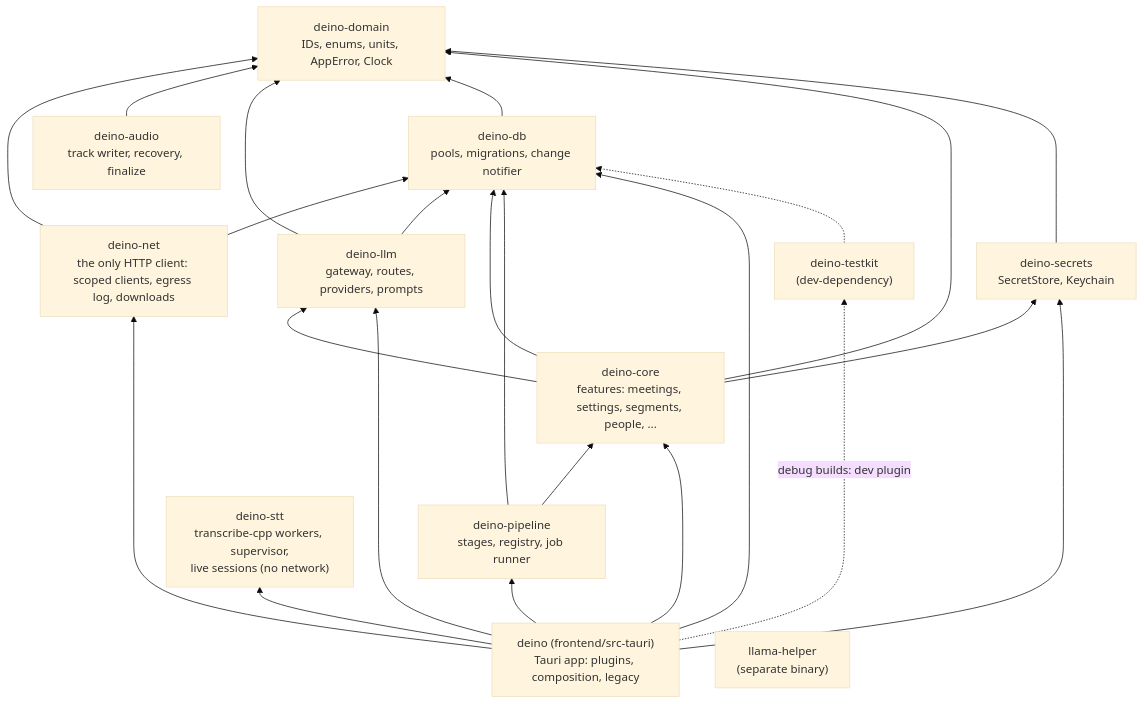
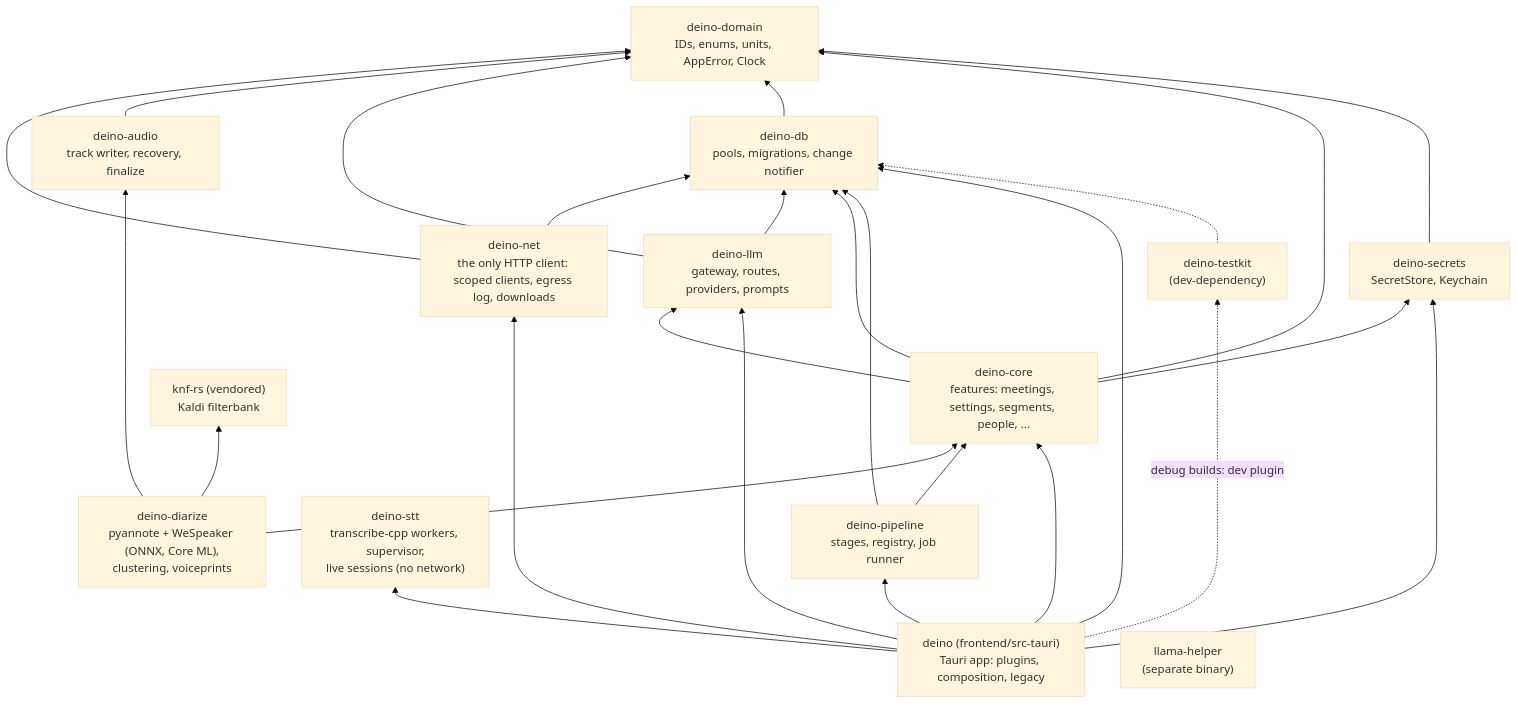
Before and after one commit to xenshreyas/Deino: the second of 8 diagrams in docs/ARCHITECTURE.md, drawn with Mermaid (base theme). The commit also changed other lines of this file and 7 other files, not shown here.

Commit message:
docs: CAP-03 diarization ADR 0018, perf report, architecture, notices and plan

````diff
--- a/docs/ARCHITECTURE.md
+++ b/docs/ARCHITECTURE.md
@@ -54,37 +54,42 @@
 ```mermaid
 flowchart BT
   domain["deino-domain<br/>IDs, enums, units, AppError, Clock"]
   db["deino-db<br/>pools, migrations, change notifier"]
   core["deino-core<br/>features: meetings, settings, segments, people, ..."]
   secrets["deino-secrets<br/>SecretStore, Keychain"]
   pipeline["deino-pipeline<br/>stages, registry, job runner"]
   testkit["deino-testkit<br/>(dev-dependency)"]
   stt["deino-stt<br/>transcribe-cpp workers, supervisor,<br/>live sessions (no network)"]
   app["deino (frontend/src-tauri)<br/>Tauri app: plugins, composition, legacy"]
   helper["llama-helper<br/>(separate binary)"]
   audio["deino-audio<br/>track writer, recovery, finalize"]
   llm["deino-llm<br/>gateway, routes, providers, prompts"]
   net["deino-net<br/>the only HTTP client: scoped clients, egress log, downloads"]
   net --> db
   net --> domain
   app --> net
+  diarize["deino-diarize<br/>pyannote + WeSpeaker (ONNX, Core ML),<br/>clustering, voiceprints"]
+  knf["knf-rs (vendored)<br/>Kaldi filterbank"]
+  diarize --> core
+  diarize --> audio
+  diarize --> knf
   audio --> domain
   llm --> db
   llm --> domain
   core --> llm
   app --> llm
   db --> domain
   core --> db
   core --> domain
   core --> secrets
   secrets --> domain
   pipeline --> core
   pipeline --> db
   app --> pipeline
   app --> core
   app --> db
   app --> secrets
   app --> stt
   app -. "debug builds: dev plugin" .-> testkit
   testkit -.-> db
 ```
````
